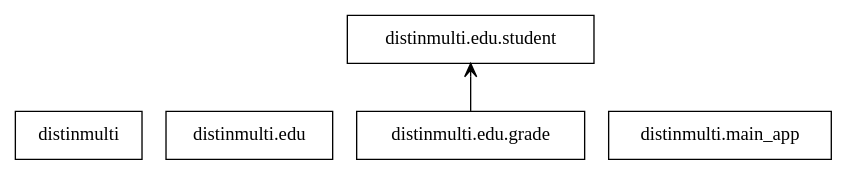
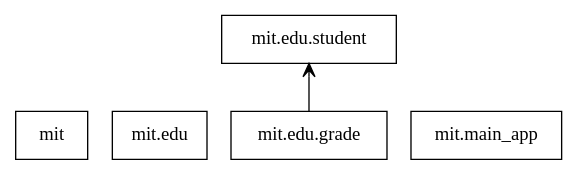
Before and after one commit to thermalogic/SEES: the diagram in notebook/mit/uml/packages.dot, drawn with Graphviz. The commit also changed 14 other files, not shown here.

```diff
--- a/notebook/mit/uml/packages.dot
+++ b/notebook/mit/uml/packages.dot
@@ -1,10 +1,10 @@
 digraph "packages" {
 charset="utf-8"
 rankdir=BT
-"0" [label="distinmulti", shape="box"];
-"1" [label="distinmulti.edu", shape="box"];
-"2" [label="distinmulti.edu.grade", shape="box"];
-"3" [label="distinmulti.edu.student", shape="box"];
-"4" [label="distinmulti.main_app", shape="box"];
+"0" [label="mit", shape="box"];
+"1" [label="mit.edu", shape="box"];
+"2" [label="mit.edu.grade", shape="box"];
+"3" [label="mit.edu.student", shape="box"];
+"4" [label="mit.main_app", shape="box"];
 "2" -> "3" [arrowhead="open", arrowtail="none"];
 }
```
